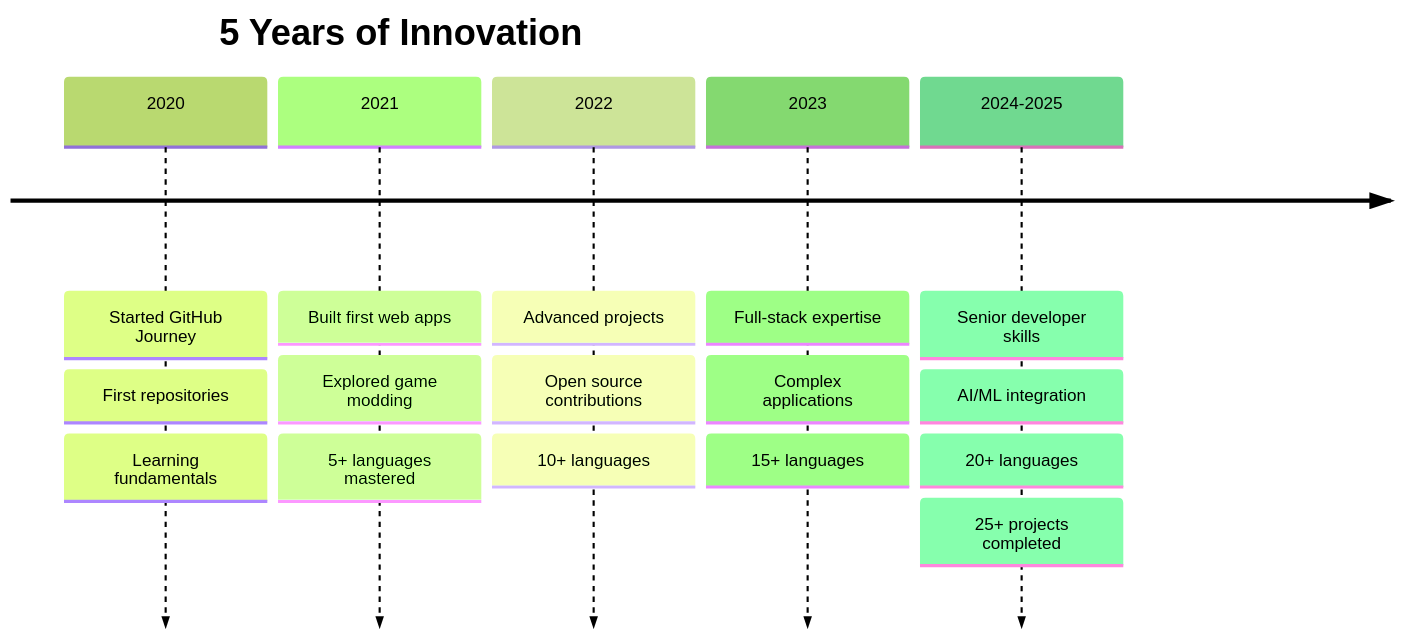
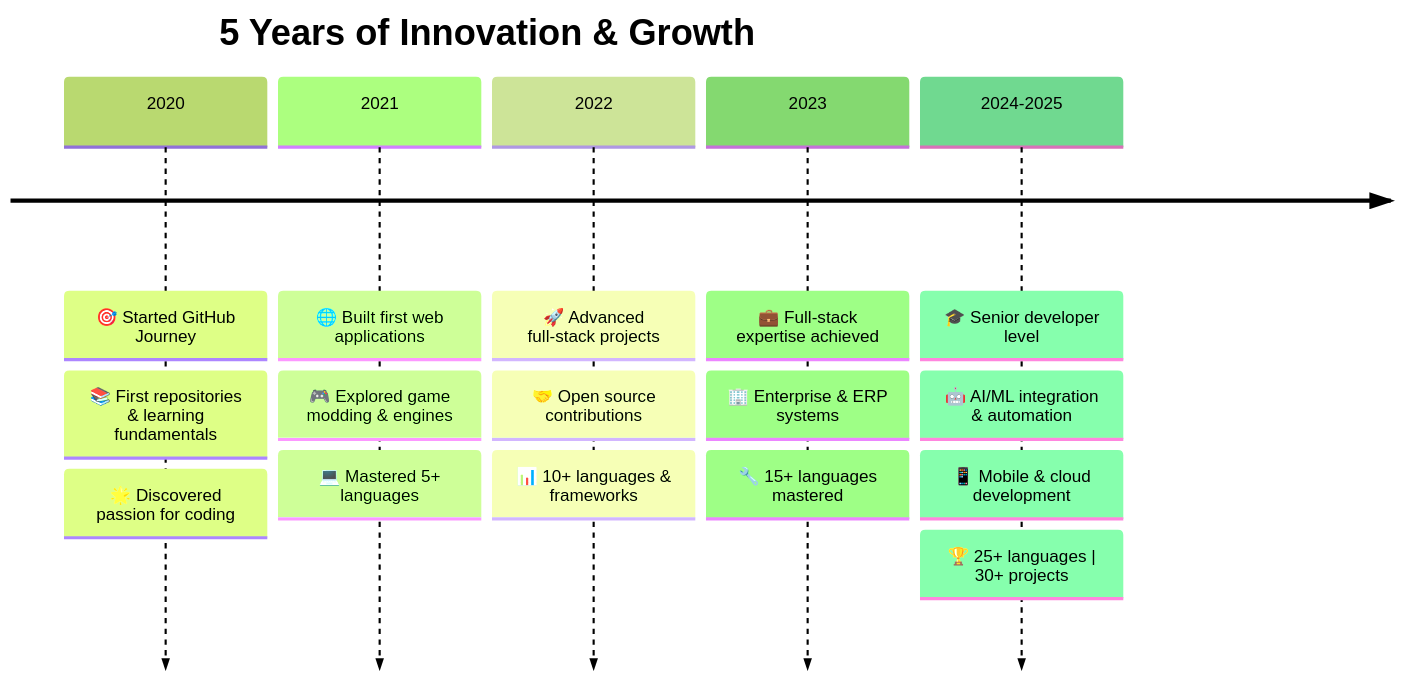
Before and after one commit to geoarda/geoarda: the diagram in readme.md, drawn with Mermaid (forest theme). The commit also changed other lines of this file, not shown here.

````diff
--- a/readme.md
+++ b/readme.md
@@ -217,20 +272,20 @@
 ```mermaid
 timeline
-    title 5 Years of Innovation
-    2020 : Started GitHub Journey
-         : First repositories
-         : Learning fundamentals
-    2021 : Built first web apps
-         : Explored game modding
-         : 5+ languages mastered
-    2022 : Advanced projects
-         : Open source contributions
-         : 10+ languages
-    2023 : Full-stack expertise
-         : Complex applications
-         : 15+ languages
-    2024-2025 : Senior developer skills
-              : AI/ML integration
-              : 20+ languages
-              : 25+ projects completed
+    title 5 Years of Innovation & Growth
+    2020 : 🎯 Started GitHub Journey
+         : 📚 First repositories & learning fundamentals
+         : 🌟 Discovered passion for coding
+    2021 : 🌐 Built first web applications
+         : 🎮 Explored game modding & engines
+         : 💻 Mastered 5+ languages
+    2022 : 🚀 Advanced full-stack projects
+         : 🤝 Open source contributions
+         : 📊 10+ languages & frameworks
+    2023 : 💼 Full-stack expertise achieved
+         : 🏢 Enterprise & ERP systems
+         : 🔧 15+ languages mastered
+    2024-2025 : 🎓 Senior developer level
+              : 🤖 AI/ML integration & automation
+              : 📱 Mobile & cloud development
+              : 🏆 25+ languages | 30+ projects
 ```
````
